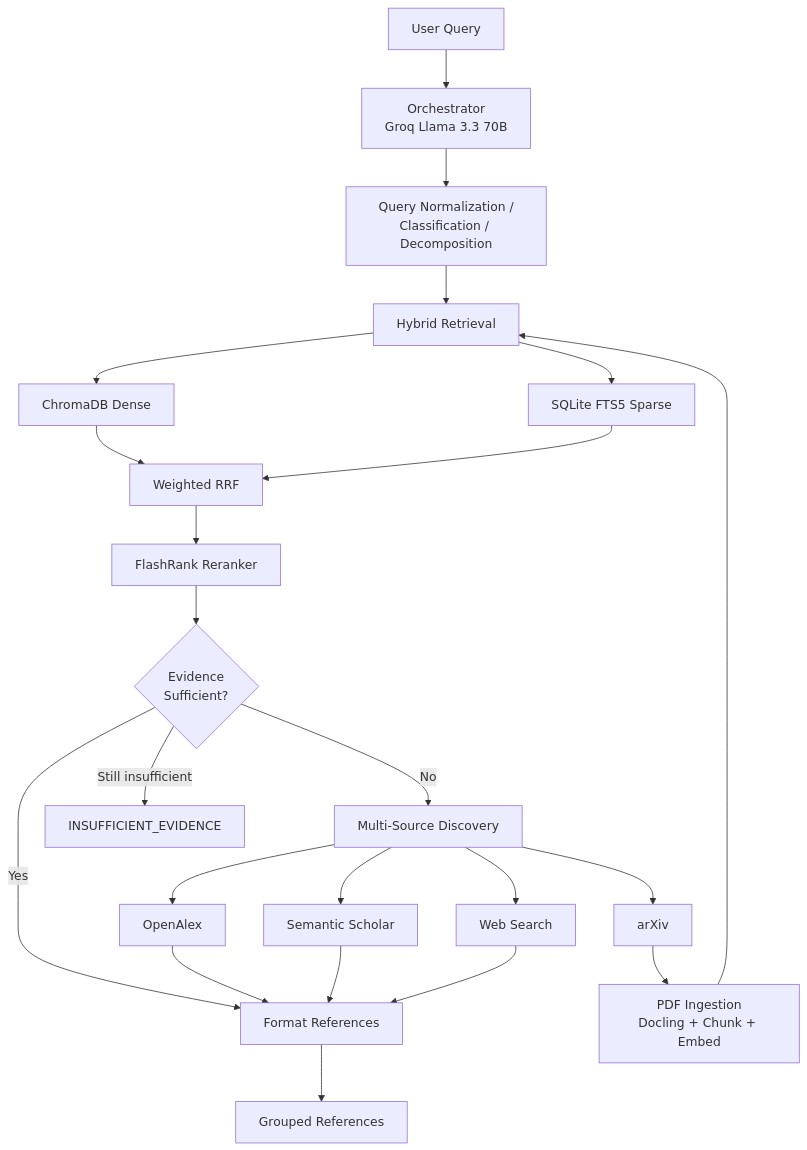
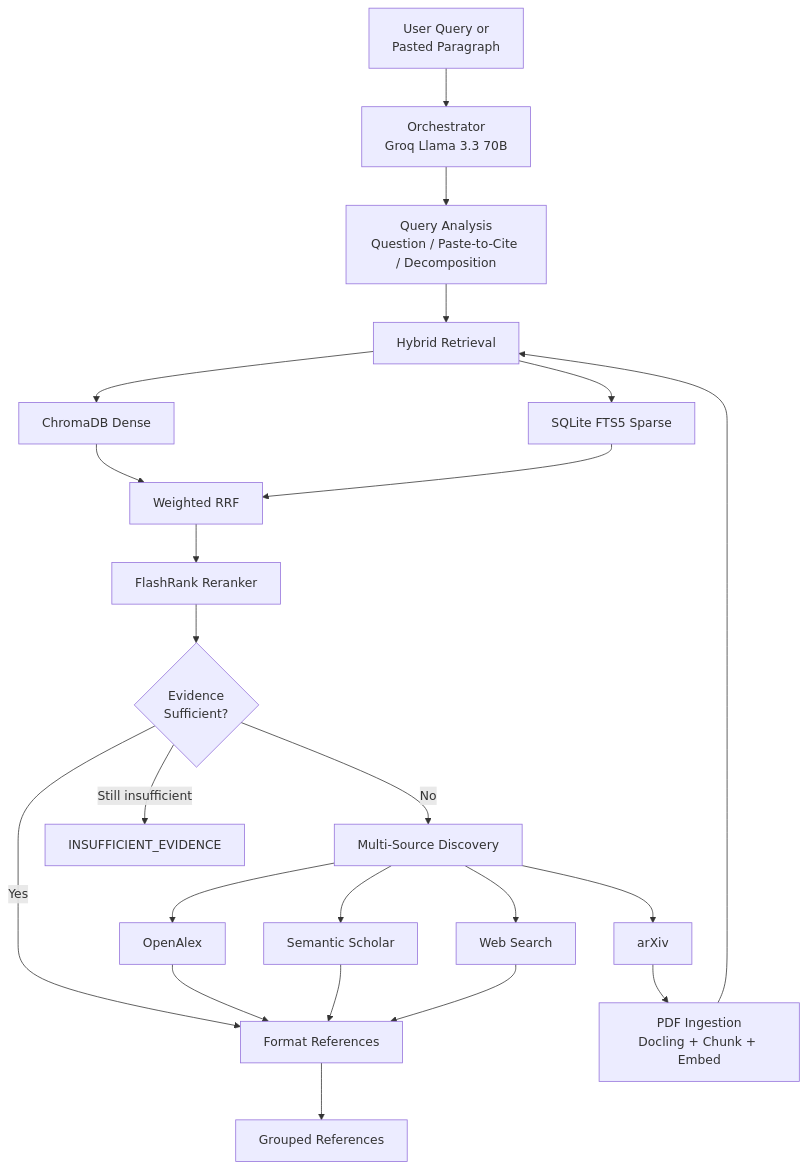
Before and after one commit to MHOC96/Active-Research-Assistant-Agent: the diagram in README.md, drawn with Mermaid. The commit also changed other lines of this file, not shown here.

````diff
--- a/README.md
+++ b/README.md
@@ -32,25 +34,25 @@
 ```mermaid
 flowchart TD
-    Q[User Query] --> O[Orchestrator<br/>Groq Llama 3.3 70B]
-    O --> N[Query Normalization /<br/>Classification / Decomposition]
+    Q[User Query or<br/>Pasted Paragraph] --> O[Orchestrator<br/>Groq Llama 3.3 70B]
+    O --> N[Query Analysis<br/>Question / Paste-to-Cite / Decomposition]
     N --> H[Hybrid Retrieval]
     H --> D[ChromaDB Dense]
     H --> S[SQLite FTS5 Sparse]
     D --> R[Weighted RRF]
     S --> R
     R --> F[FlashRank Reranker]
     F --> G{Evidence<br/>Sufficient?}
     G -->|Yes| REF[Format References]
     G -->|No| MS[Multi-Source Discovery]
     MS --> AX[arXiv]
     MS --> OA[OpenAlex]
     MS --> SS[Semantic Scholar]
     MS --> WB[Web Search]
     AX --> I[PDF Ingestion<br/>Docling + Chunk + Embed]
     I --> H
     OA --> REF
     SS --> REF
     WB --> REF
     REF --> OUT[Grouped References]
     G -->|Still insufficient| E[INSUFFICIENT_EVIDENCE]
 ```
````
